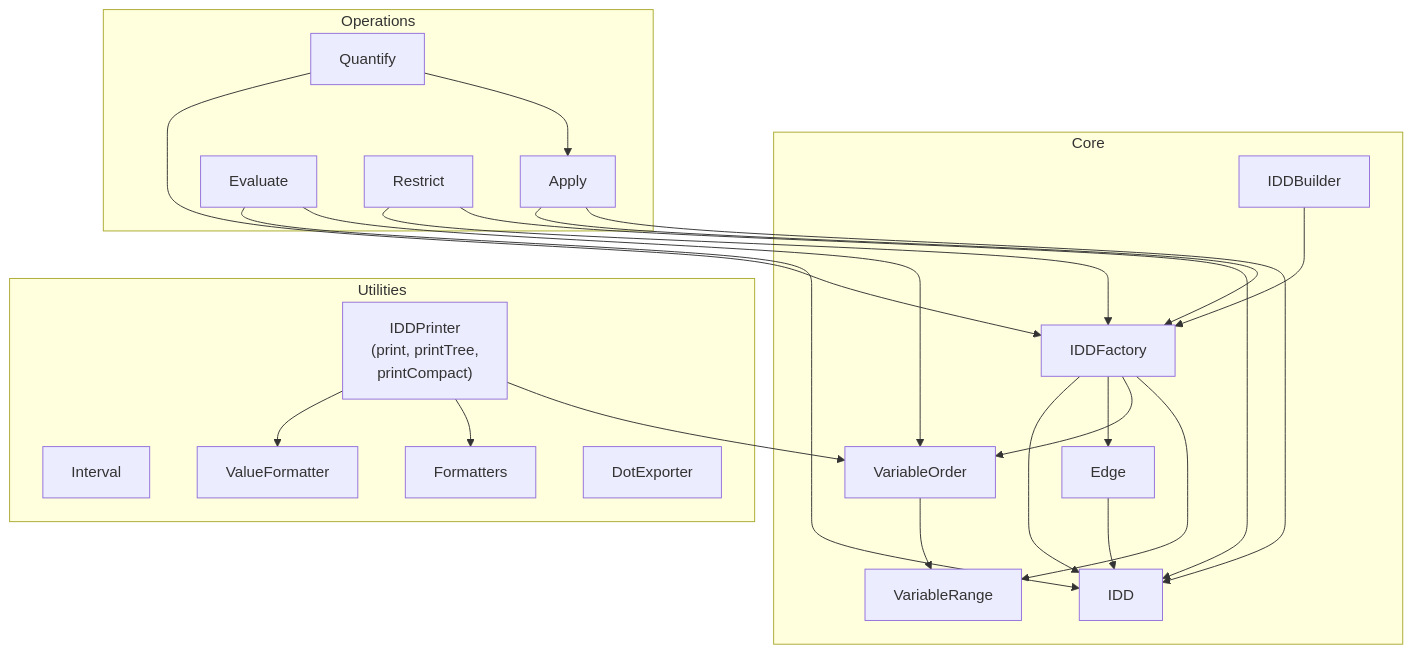
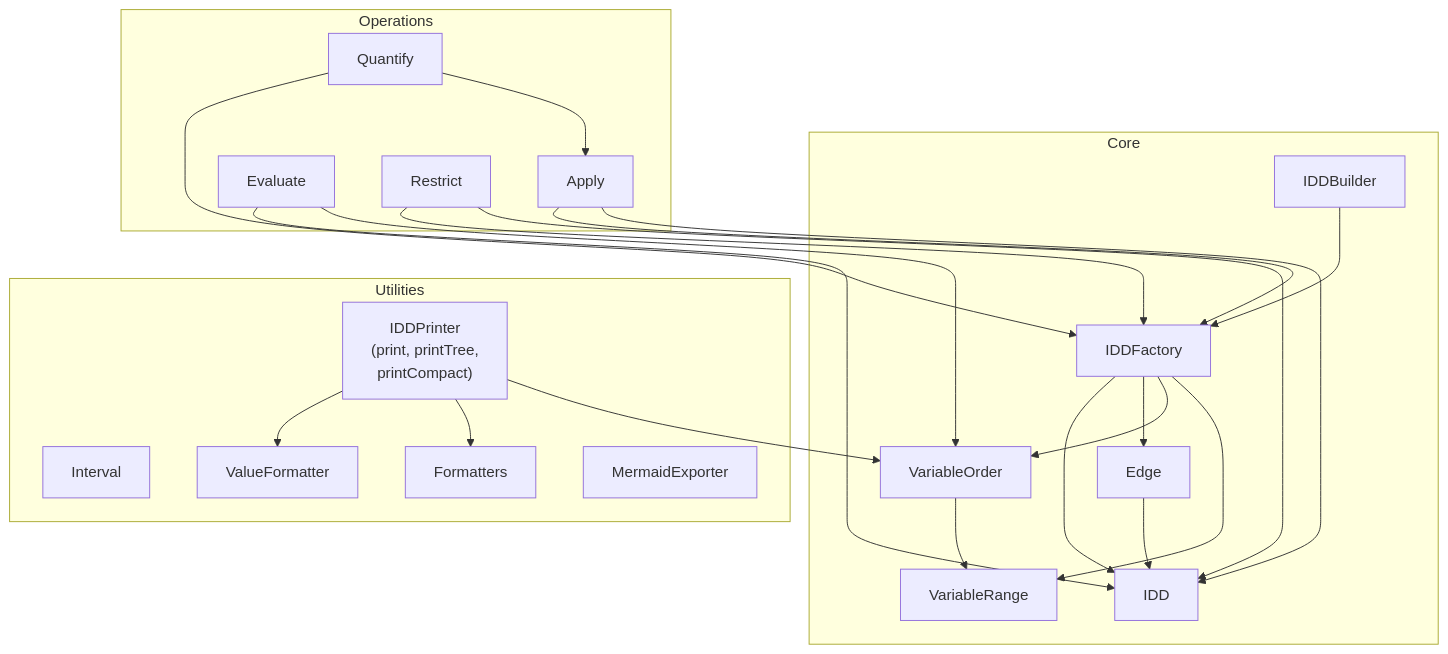
One commit to SnakeSolid/java-iddlite changed the first of 2 diagrams in docs/architecture.md. Above: the diagram before and after it, drawn with Mermaid. The commit also changed 7 other files, not shown here.

Commit message:
mermaid export

````diff
--- a/docs/architecture.md
+++ b/docs/architecture.md
@@ -23,48 +23,48 @@
 ```mermaid
 graph TD
     subgraph Core
         IDD["IDD"]
         Edge["Edge"]
         IDDFactory["IDDFactory"]
         IDDBuilder["IDDBuilder"]
         VariableOrder["VariableOrder"]
         VariableRange["VariableRange"]
     end
 
     subgraph Operations
         Apply["Apply"]
         Evaluate["Evaluate"]
         Quantify["Quantify"]
         Restrict["Restrict"]
     end
 
     subgraph Utilities
         Interval["Interval"]
         VariableRange["VariableRange"]
         ValueFormatter["ValueFormatter"]
         Formatters["Formatters"]
-        DotExporter["DotExporter"]
+        MermaidExporter["MermaidExporter"]
         IDDPrinter["IDDPrinter\n(print, printTree,\nprintCompact)"]
     end
 
     IDDBuilder --> IDDFactory
     IDDFactory --> IDD
     IDDFactory --> Edge
     Edge --> IDD
     IDDFactory --> VariableOrder
     VariableOrder --> VariableRange
     IDDFactory --> VariableRange
 
     IDDPrinter --> ValueFormatter
     IDDPrinter --> Formatters
     IDDPrinter --> VariableOrder
 
     Apply --> IDDFactory
     Apply --> IDD
     Evaluate --> IDD
     Evaluate --> VariableOrder
     Quantify --> IDDFactory
     Quantify --> Apply
     Restrict --> IDDFactory
     Restrict --> IDD
 ```
````
